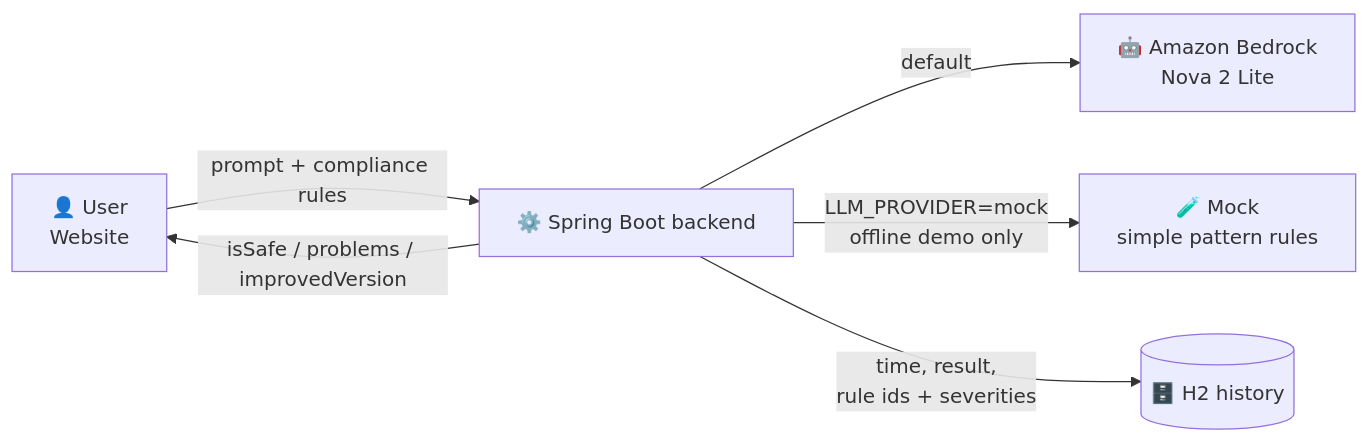
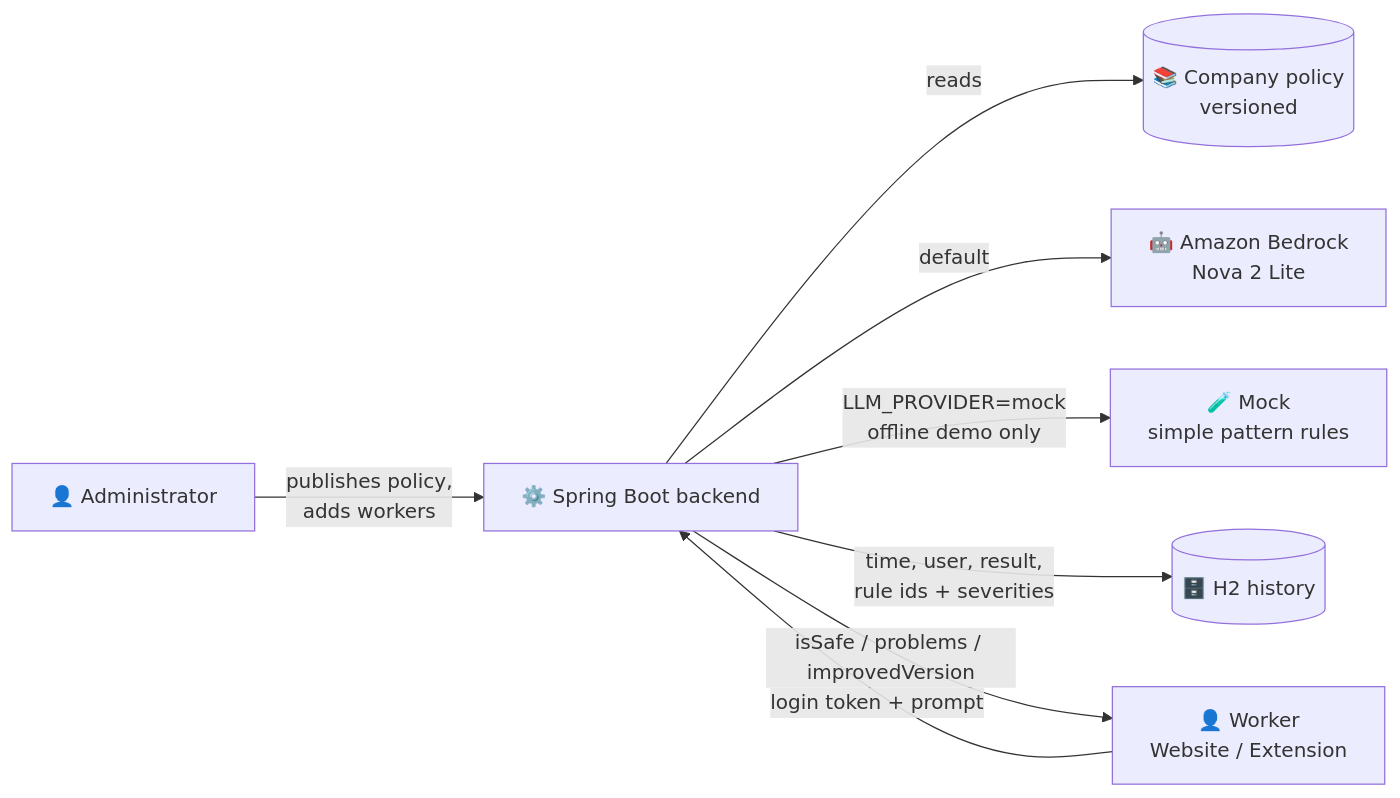
Before and after one commit to code-and-create-hackathon/complianceChecker: the third of 3 diagrams in README.md, drawn with Mermaid. The commit also changed other lines of this file and 1 other file, not shown here.

Commit message:
docs: accounts setup and known limitations of the demo login

````diff
--- a/README.md
+++ b/README.md
@@ -48,8 +48,10 @@
 ```mermaid
 flowchart LR
-    A[👤 User<br/>Website] -->|prompt + compliance rules| B[⚙️ Spring Boot backend]
+    AD[👤 Administrator] -->|publishes policy,<br/>adds workers| B
+    A[👤 Worker<br/>Website / Extension] -->|login token + prompt| B[⚙️ Spring Boot backend]
+    B -->|reads| P[(📚 Company policy<br/>versioned)]
     B -->|default| L[🤖 Amazon Bedrock<br/>Nova 2 Lite]
     B -->|LLM_PROVIDER=mock<br/>offline demo only| M[🧪 Mock<br/>simple pattern rules]
-    B -->|time, result,<br/>rule ids + severities| H[(🗄️ H2 history)]
+    B -->|time, user, result,<br/>rule ids + severities| H[(🗄️ H2 history)]
     B -->|isSafe / problems / improvedVersion| A
 ```
````
